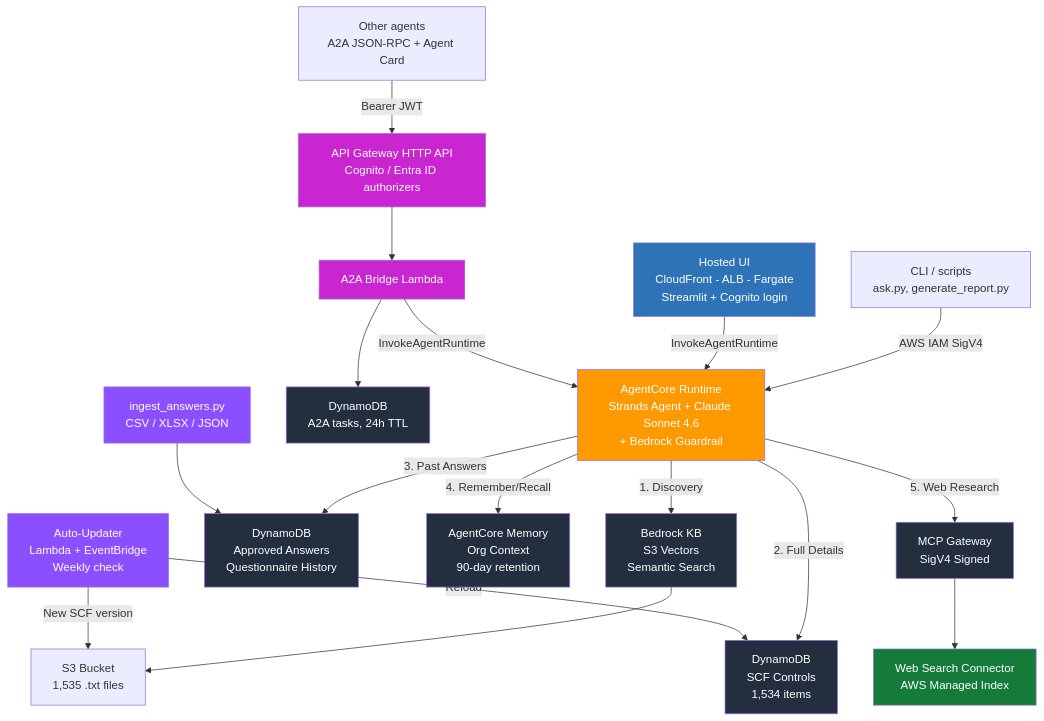
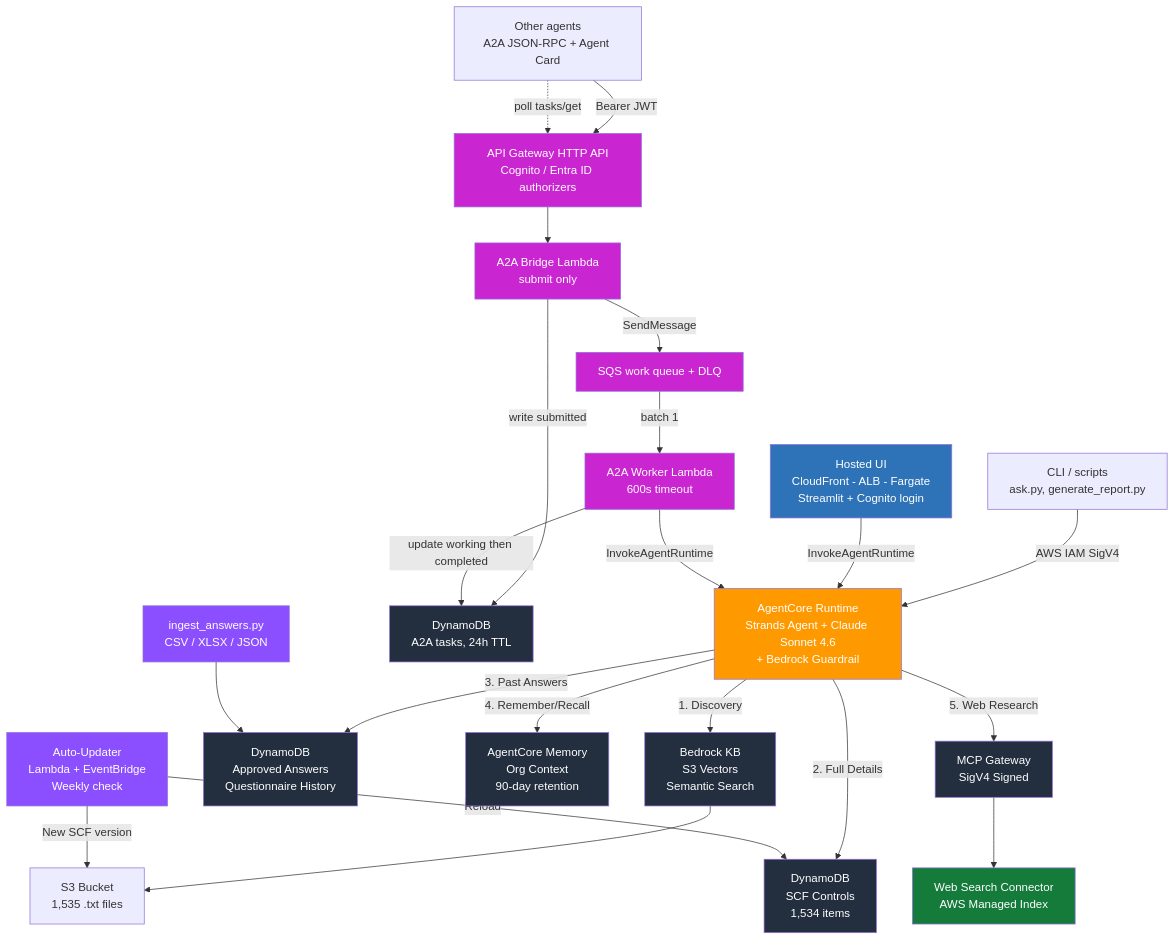
One commit to mgbec/SCF-Agent-with-A2A changed the diagram in README.md. Above: the diagram before and after it, drawn with Mermaid. The commit also changed other lines of this file and 15 other files, not shown here.

First line of the commit message:
a2a: async task model - message/send is non-blocking, worker Lambda runs the turn

````diff
--- a/README.md
+++ b/README.md
@@ -9,36 +9,42 @@
 ```mermaid
 graph TD
     CLI["CLI / scripts<br/>ask.py, generate_report.py"] -->|"AWS IAM SigV4"| Runtime["AgentCore Runtime<br/>Strands Agent + Claude Sonnet 4.6<br/>+ Bedrock Guardrail"]
     Web["Hosted UI<br/>CloudFront - ALB - Fargate<br/>Streamlit + Cognito login"] -->|"InvokeAgentRuntime"| Runtime
     A2A["Other agents<br/>A2A JSON-RPC + Agent Card"] -->|"Bearer JWT"| APIGW["API Gateway HTTP API<br/>Cognito / Entra ID authorizers"]
-    APIGW --> Bridge["A2A Bridge Lambda"]
-    Bridge -->|"InvokeAgentRuntime"| Runtime
-    Bridge --> Tasks["DynamoDB<br/>A2A tasks, 24h TTL"]
+    APIGW --> Bridge["A2A Bridge Lambda<br/>submit only"]
+    Bridge -->|"SendMessage"| Queue["SQS work queue + DLQ"]
+    Queue -->|"batch 1"| Worker["A2A Worker Lambda<br/>600s timeout"]
+    Worker -->|"InvokeAgentRuntime"| Runtime
+    Bridge -->|"write submitted"| Tasks["DynamoDB<br/>A2A tasks, 24h TTL"]
+    Worker -->|"update working then completed"| Tasks
+    A2A -.->|"poll tasks/get"| APIGW
 
     Runtime -->|"1. Discovery"| KB["Bedrock KB<br/>S3 Vectors<br/>Semantic Search"]
     Runtime -->|"2. Full Details"| DDB["DynamoDB<br/>SCF Controls<br/>1,534 items"]
     Runtime -->|"3. Past Answers"| Answers["DynamoDB<br/>Approved Answers<br/>Questionnaire History"]
     Runtime -->|"4. Remember/Recall"| Memory["AgentCore Memory<br/>Org Context<br/>90-day retention"]
     Runtime -->|"5. Web Research"| Gateway["MCP Gateway<br/>SigV4 Signed"]
 
     Gateway --> WebSearch["Web Search Connector<br/>AWS Managed Index"]
     KB --> S3["S3 Bucket<br/>1,535 .txt files"]
 
     Ingest["ingest_answers.py<br/>CSV / XLSX / JSON"] --> Answers
     Updater["Auto-Updater<br/>Lambda + EventBridge<br/>Weekly check"] -->|"New SCF version"| S3
     Updater -->|"Reload"| DDB
 
     style Runtime fill:#ff9900,color:#fff
     style KB fill:#232f3e,color:#fff
     style DDB fill:#232f3e,color:#fff
     style Answers fill:#232f3e,color:#fff
     style Memory fill:#232f3e,color:#fff
     style Gateway fill:#232f3e,color:#fff
     style Tasks fill:#232f3e,color:#fff
     style WebSearch fill:#147b3b,color:#fff
     style Updater fill:#8c4fff,color:#fff
     style Ingest fill:#8c4fff,color:#fff
     style APIGW fill:#c925d1,color:#fff
     style Bridge fill:#c925d1,color:#fff
+    style Worker fill:#c925d1,color:#fff
+    style Queue fill:#c925d1,color:#fff
     style Web fill:#2e73b8,color:#fff
 ```
````
